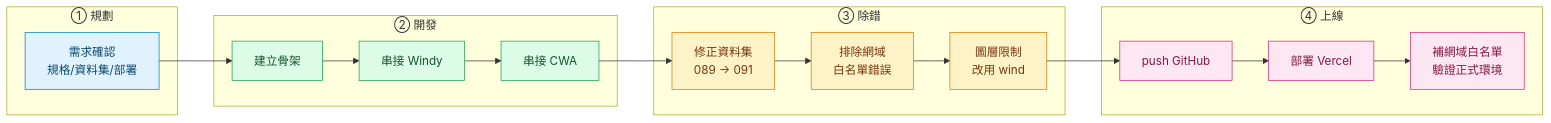
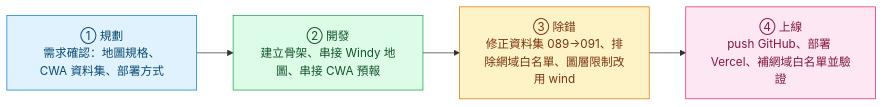
One commit to royruan1019/global_weather changed the diagram in README.md. Above: the diagram before and after it, drawn with Mermaid.

Commit message:
Consolidate flowchart into 4 phase nodes for readability
Splitting each phase into multiple sub-nodes made GitHub shrink the
diagram to fit width, rendering text illegibly small. One node per
phase keeps text readable while staying compact.

````diff
--- a/README.md
+++ b/README.md
@@ -9,31 +9,18 @@
 ```mermaid
 flowchart LR
-    subgraph P1["① 規劃"]
-        A["需求確認<br/>規格/資料集/部署"]
-    end
+    A["① 規劃<br/>需求確認：地圖規格、CWA 資料集、部署方式"]
+    B["② 開發<br/>建立骨架、串接 Windy 地圖、串接 CWA 預報"]
+    C["③ 除錯<br/>修正資料集 089→091、排除網域白名單、圖層限制改用 wind"]
+    D["④ 上線<br/>push GitHub、部署 Vercel、補網域白名單並驗證"]
 
-    subgraph P2["② 開發"]
-        B["建立骨架"] --> C["串接 Windy"] --> D["串接 CWA"]
-    end
-
-    subgraph P3["③ 除錯"]
-        E["修正資料集<br/>089 → 091"] --> F["排除網域<br/>白名單錯誤"] --> G["圖層限制<br/>改用 wind"]
-    end
-
-    subgraph P4["④ 上線"]
-        H["push GitHub"] --> I["部署 Vercel"] --> J["補網域白名單<br/>驗證正式環境"]
-    end
-
-    A --> B
-    D --> E
-    G --> H
+    A --> B --> C --> D
 
     classDef plan fill:#e0f2fe,stroke:#0284c7,color:#0c4a6e
     classDef build fill:#dcfce7,stroke:#16a34a,color:#14532d
     classDef debug fill:#fef3c7,stroke:#d97706,color:#78350f
     classDef ship fill:#fce7f3,stroke:#db2777,color:#831843
     class A plan
-    class B,C,D build
-    class E,F,G debug
-    class H,I,J ship
+    class B build
+    class C debug
+    class D ship
 ```
````
